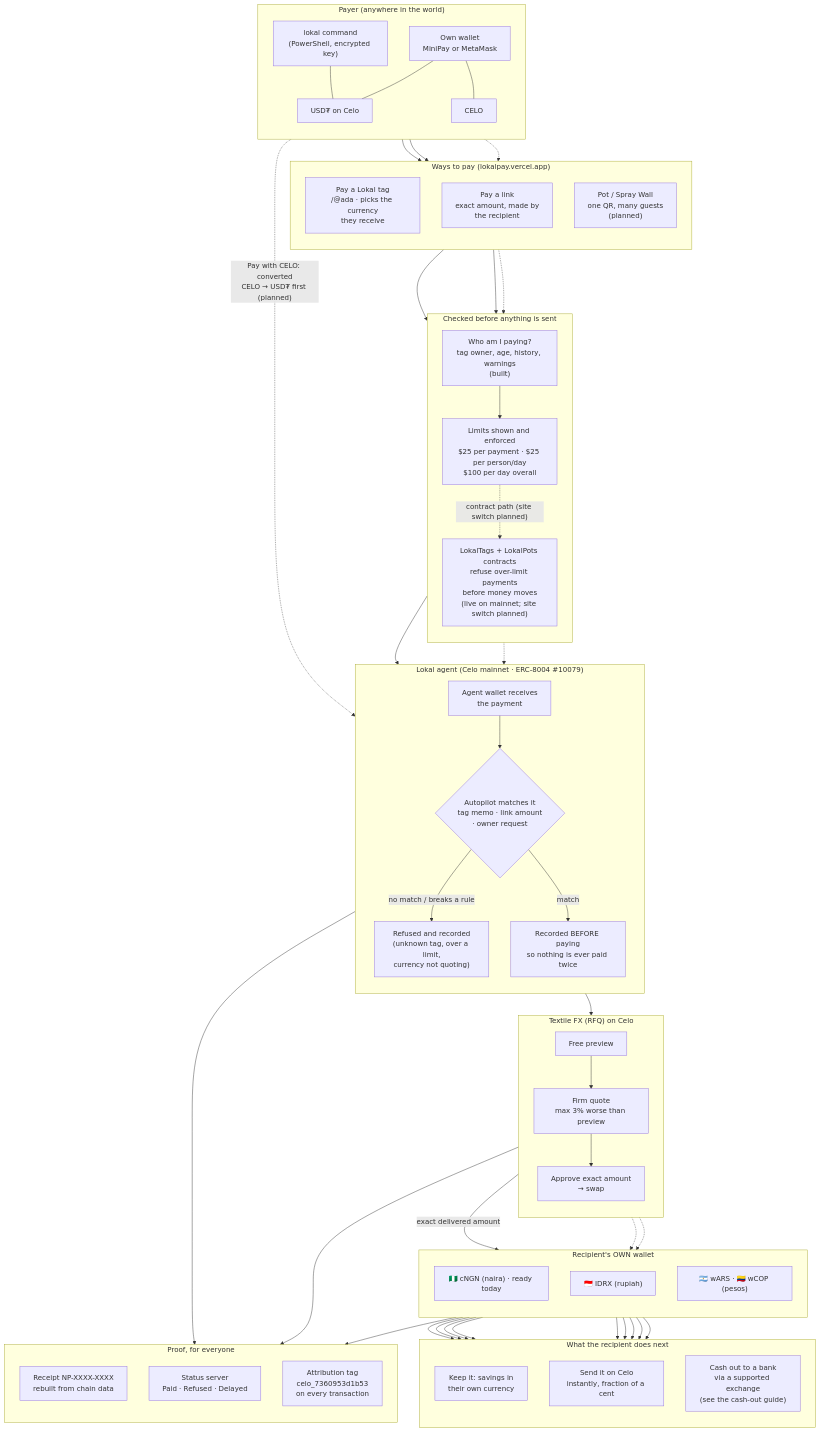
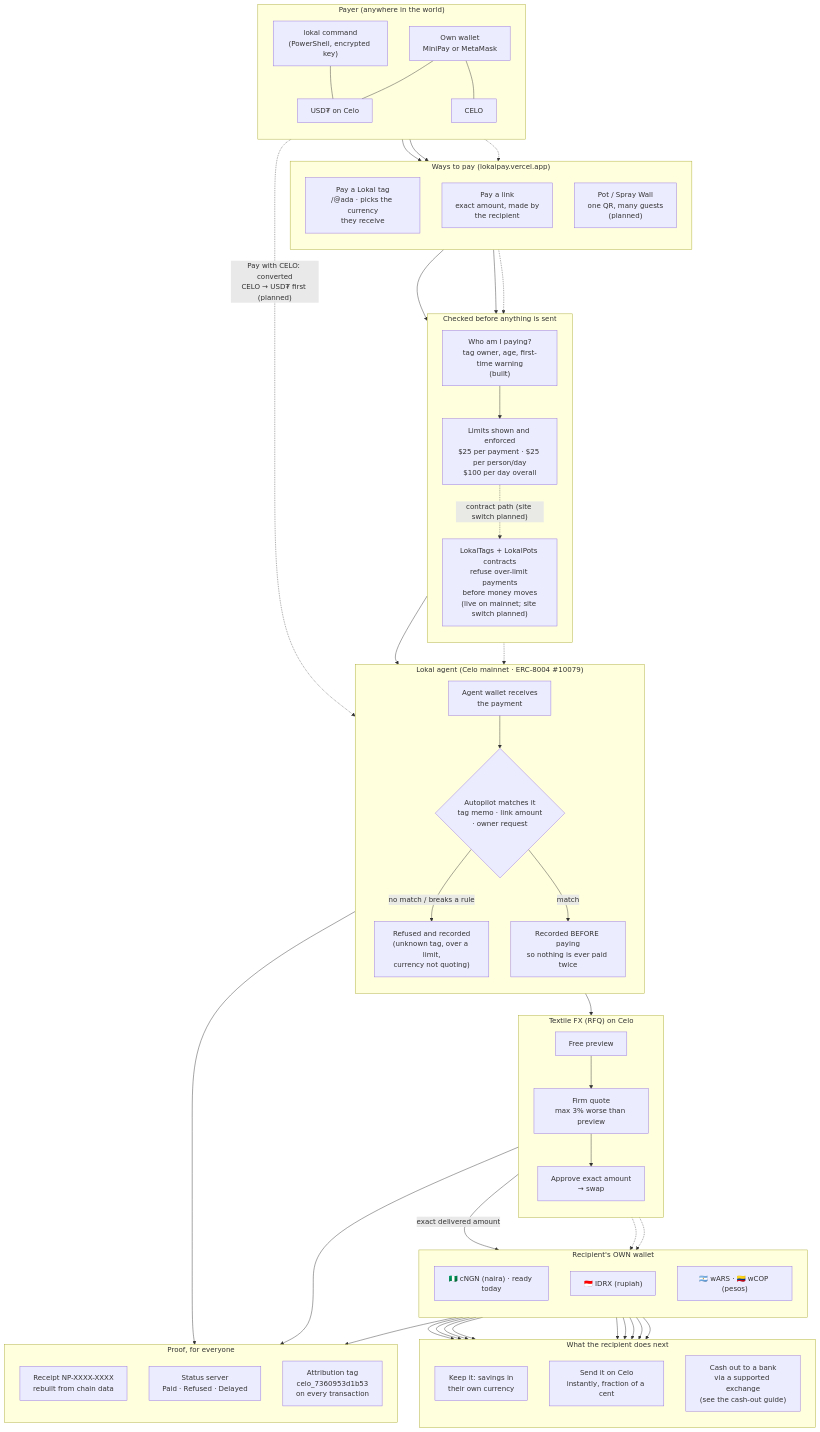
Before and after one commit to deeeko/lokal: the first of 2 diagrams in README.md, drawn with Mermaid. The commit also changed other lines of this file and 10 other files, not shown here.

First line of the commit message:
Slimmer trust features: a compact who-am-I-paying card, a proof page with only totals and the list

```diff
--- a/README.md
+++ b/README.md
@@ -495,7 +458,7 @@
   %% ---------- checks before money moves ----------
   subgraph CHECKS["Checked before anything is sent"]
     direction TB
-    C1["Who am I paying?<br/>tag owner, age, history, warnings<br/>(built)"]
+    C1["Who am I paying?<br/>tag owner, age, first-time warning<br/>(built)"]
     C2["Limits shown and enforced<br/>$25 per payment · $25 per person/day<br/>$100 per day overall"]
     C3["LokalTags + LokalPots contracts<br/>refuse over-limit payments<br/>before money moves<br/>(live on mainnet; site switch planned)"]
   end
```
